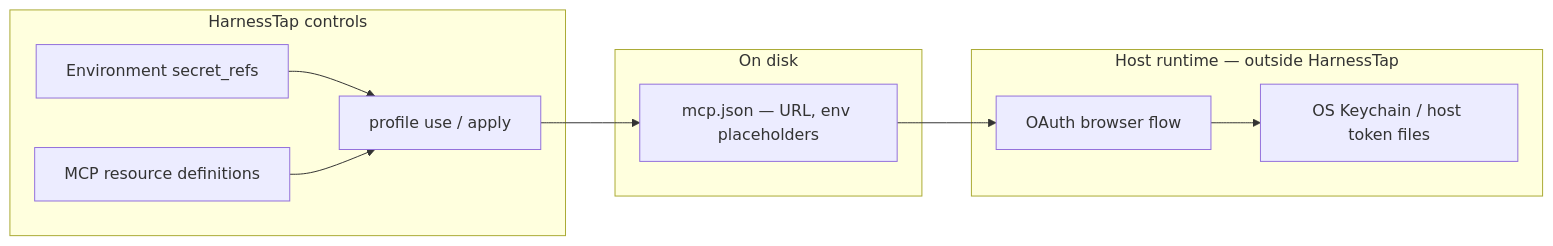
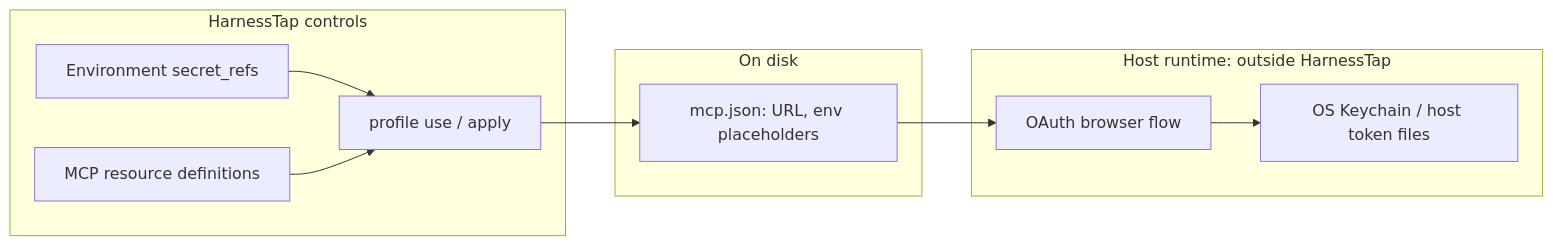
The diagram in docs/cli/concepts/environments.md (harnesstap/harnesstap), drawn with Mermaid before and after one commit. The commit also changed other lines of this file and 184 other files, not shown here.

````diff
--- a/docs/cli/concepts/environments.md
+++ b/docs/cli/concepts/environments.md
@@ -118,23 +118,23 @@
 ```mermaid
 flowchart LR
   subgraph HD[HarnessTap controls]
     Env[Environment secret_refs]
     McpDef[MCP resource definitions]
     Apply[profile use / apply]
   end
 
   subgraph Disk[On disk]
-    McpJson[mcp.json — URL, env placeholders]
+    McpJson[mcp.json: URL, env placeholders]
   end
 
-  subgraph Host[Host runtime — outside HarnessTap]
+  subgraph Host[Host runtime: outside HarnessTap]
     OAuth[OAuth browser flow]
     Store[OS Keychain / host token files]
   end
 
   Env --> Apply
   McpDef --> Apply
   Apply --> McpJson
   McpJson --> OAuth
   OAuth --> Store
 ```
````
